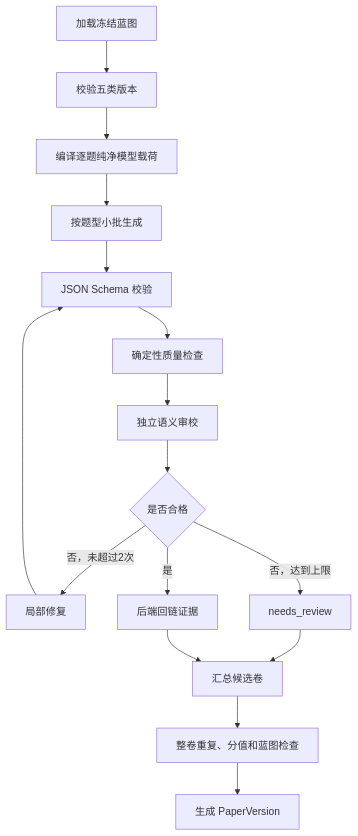
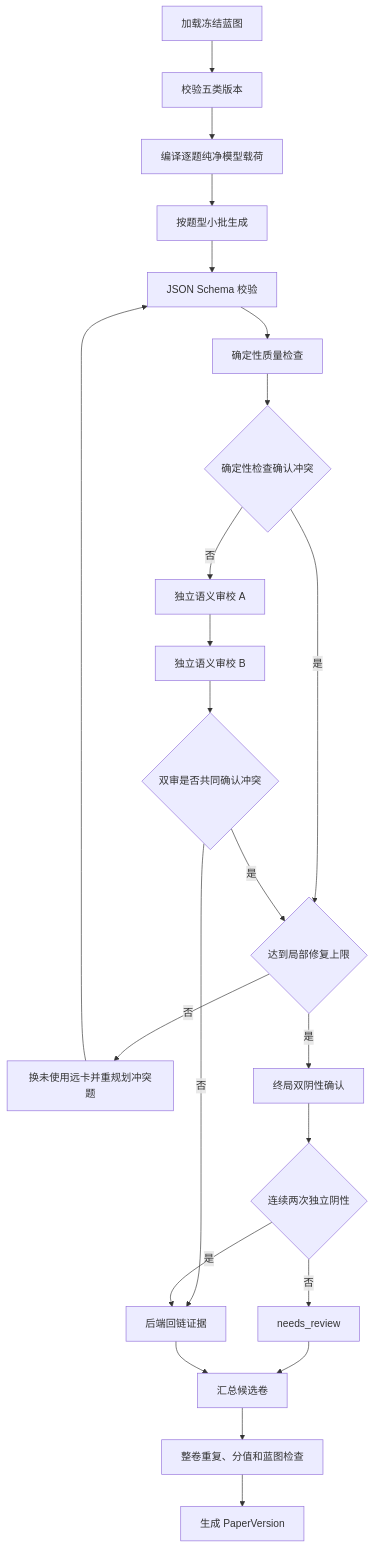
One commit to 875931932/Intelligent_test_paper changed the seventh of 7 diagrams in docs/superpowers/specs/2026-08-14-core-exam-system-development-design.md. Above: the diagram before and after it, drawn with Mermaid. The commit also changed other lines of this file and 8 other files, not shown here.

````diff
--- a/docs/superpowers/specs/2026-08-14-core-exam-system-development-design.md
+++ b/docs/superpowers/specs/2026-08-14-core-exam-system-development-design.md
@@ -633,18 +633,25 @@
 ```mermaid
 flowchart TD
   A["加载冻结蓝图"] --> B["校验五类版本"]
   B --> C["编译逐题纯净模型载荷"]
   C --> D["按题型小批生成"]
   D --> E["JSON Schema 校验"]
   E --> F["确定性质量检查"]
-  F --> G["独立语义审校"]
-  G --> H{"是否合格"}
-  H -->|否，未超过2次| I["局部修复"]
+  F --> F1{"确定性检查确认冲突"}
+  F1 -->|是| R{"达到局部修复上限"}
+  F1 -->|否| G1["独立语义审校 A"]
+  G1 --> G2["独立语义审校 B"]
+  G2 --> H{"双审是否共同确认冲突"}
+  H -->|否| K["后端回链证据"]
+  H -->|是| R
+  R -->|否| I["换未使用远卡并重规划冲突题"]
   I --> E
-  H -->|否，达到上限| J["needs_review"]
-  H -->|是| K["后端回链证据"]
-  J --> L["汇总候选卷"]
+  R -->|是| J["终局双阴性确认"]
+  J --> J1{"连续两次独立阴性"}
+  J1 -->|否| J2["needs_review"]
+  J1 -->|是| K
+  J2 --> L["汇总候选卷"]
   K --> L
   L --> M["整卷重复、分值和蓝图检查"]
   M --> N["生成 PaperVersion"]
 ```
````
